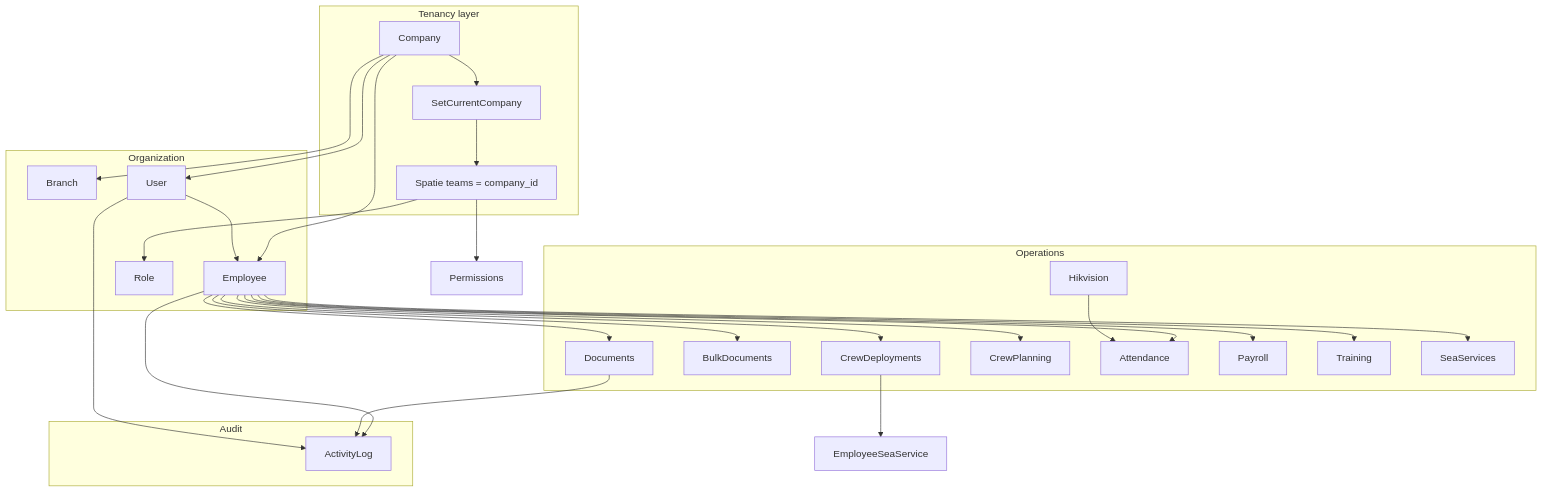
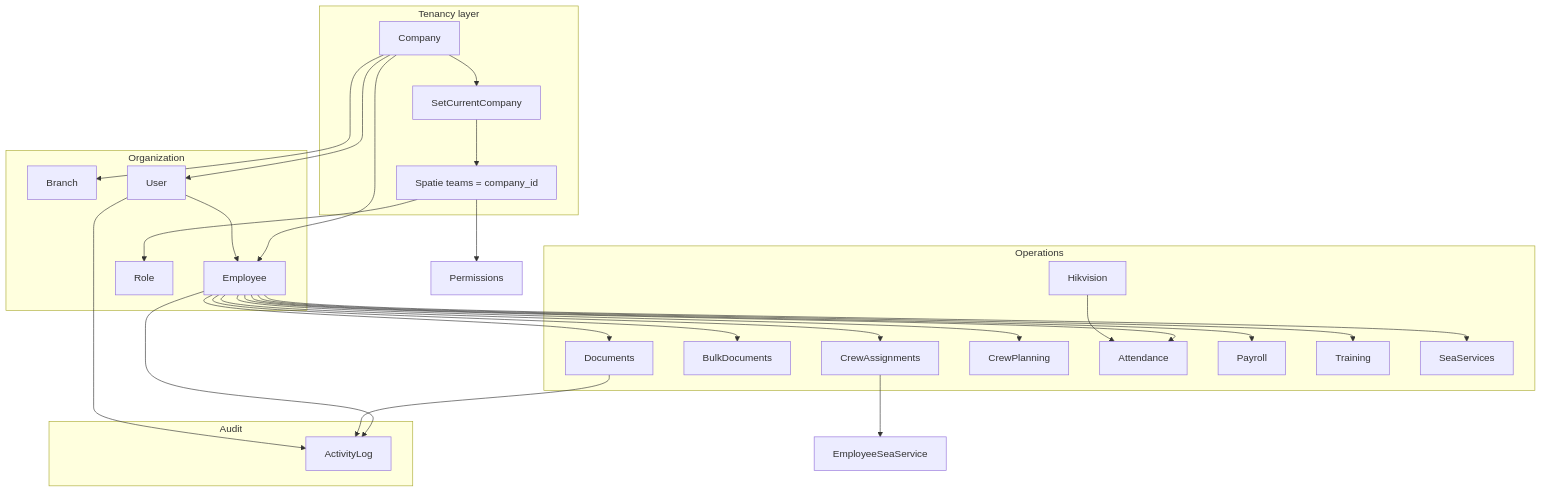
One commit to rabil007/HRM changed the eighth of 8 diagrams in docs/architecture/domains.md. Above: the diagram before and after it, drawn with Mermaid. The commit also changed other lines of this file and 17 other files, not shown here.

First line of the commit message:
docs: refresh architecture and agent context routing

````diff
--- a/docs/architecture/domains.md
+++ b/docs/architecture/domains.md
@@ -1000,55 +1038,55 @@
 ```mermaid
 flowchart TB
     subgraph tenancy [Tenancy layer]
         Company
         SetCurrentCompany
         SpatieTeams[Spatie teams = company_id]
     end
 
     subgraph org [Organization]
         Branch
         Employee
         User
         Role
     end
 
     subgraph operations [Operations]
         Documents
         BulkDocuments
-        CrewDeployments
+        CrewAssignments
         CrewPlanning
         Attendance
         Payroll
         Training
         SeaServices
         Hikvision
     end
 
     subgraph audit [Audit]
         ActivityLog
     end
 
     Company --> SetCurrentCompany
     SetCurrentCompany --> SpatieTeams
     SpatieTeams --> Role
     SpatieTeams --> Permissions
 
     Company --> Branch
     Company --> Employee
     Company --> User
     User --> Employee
     Employee --> Documents
     Employee --> BulkDocuments
-    Employee --> CrewDeployments
+    Employee --> CrewAssignments
     Employee --> CrewPlanning
     Employee --> Attendance
     Employee --> Payroll
     Employee --> Training
     Employee --> SeaServices
     Hikvision --> Attendance
-    CrewDeployments --> EmployeeSeaService
+    CrewAssignments --> EmployeeSeaService
 
     Employee --> ActivityLog
     Documents --> ActivityLog
     User --> ActivityLog
 ```
````
